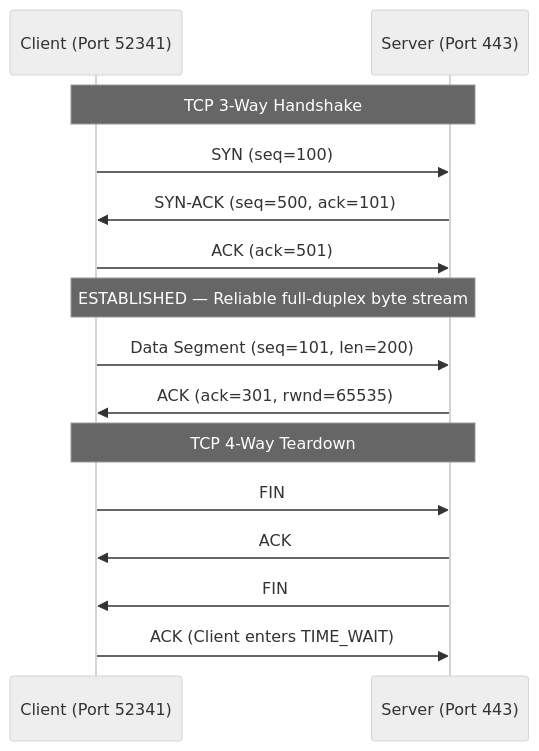
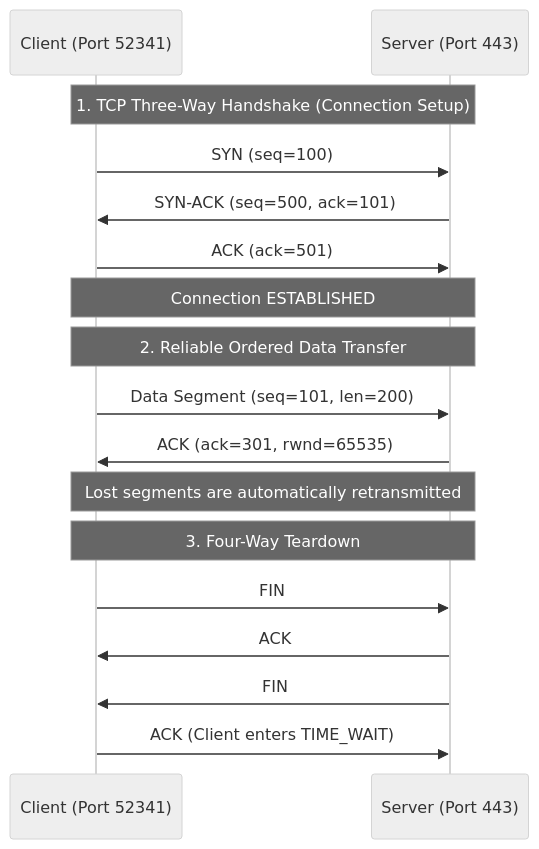
The second of 5 diagrams in Backend-engineering/3-Protocol/2-OSI-Model/1-OSI-Model.md (Patel-Neel-346/Notes), drawn with Mermaid (neutral theme) before and after one commit. The commit also changed other lines of this file, not shown here.

````diff
--- a/Backend-engineering/3-Protocol/2-OSI-Model/1-OSI-Model.md
+++ b/Backend-engineering/3-Protocol/2-OSI-Model/1-OSI-Model.md
@@ -245,20 +322,22 @@
 ```mermaid
 sequenceDiagram
     participant C as Client (Port 52341)
     participant S as Server (Port 443)
 
-    Note over C,S: TCP 3-Way Handshake
+    Note over C,S: 1. TCP Three-Way Handshake (Connection Setup)
     C->>S: SYN (seq=100)
     S->>C: SYN-ACK (seq=500, ack=101)
     C->>S: ACK (ack=501)
-    Note over C,S: ESTABLISHED — Reliable full-duplex byte stream
+    Note over C,S: Connection ESTABLISHED
 
+    Note over C,S: 2. Reliable Ordered Data Transfer
     C->>S: Data Segment (seq=101, len=200)
     S->>C: ACK (ack=301, rwnd=65535)
+    Note over C,S: Lost segments are automatically retransmitted
 
-    Note over C,S: TCP 4-Way Teardown
+    Note over C,S: 3. Four-Way Teardown
     C->>S: FIN
     S->>C: ACK
     S->>C: FIN
     C->>S: ACK (Client enters TIME_WAIT)
 ```
````
